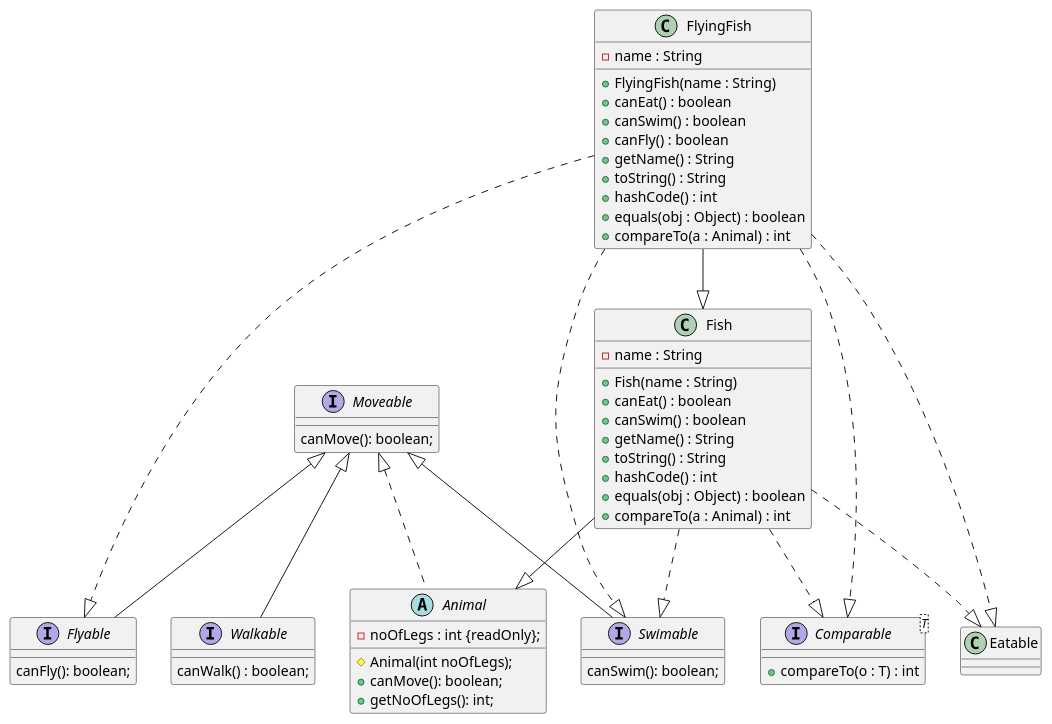
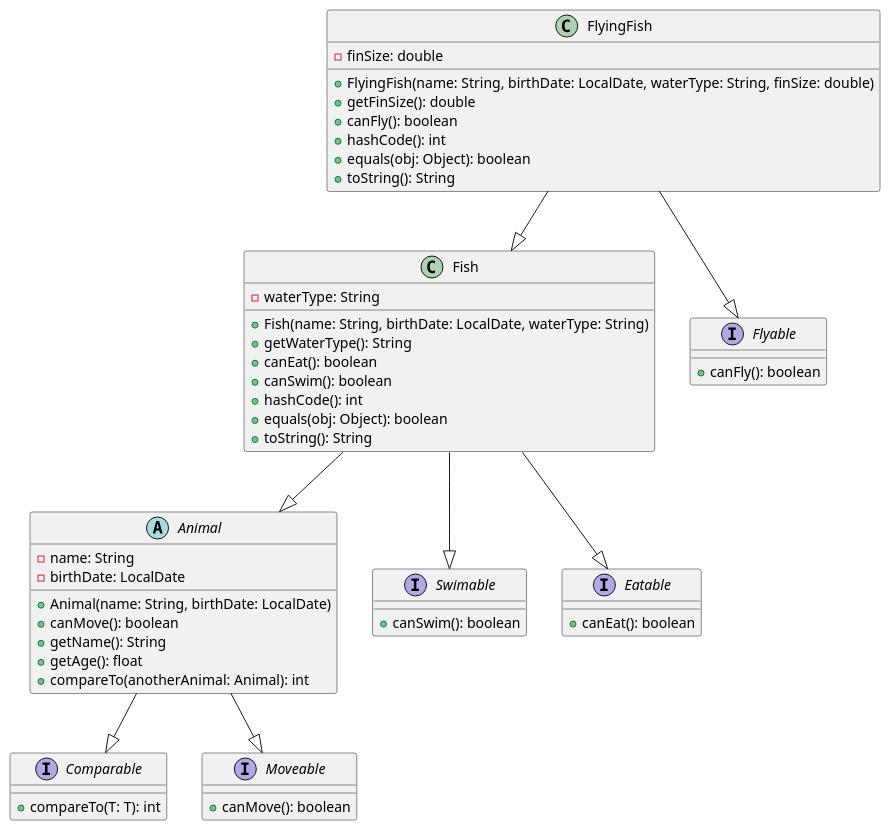
One commit to majidrouhani/idatt2003-inharitance-polymorphism-l6 changed the diagram in src/main/java/edu/ntnu/idatt2003/lectures/interfaces/animal/puml/flying_fish.puml. Above: the diagram before and after it, drawn with PlantUML. The commit also changed 2 other files, not shown here.

```diff
--- a/src/main/java/edu/ntnu/idatt2003/lectures/interfaces/animal/puml/flying_fish.puml
+++ b/src/main/java/edu/ntnu/idatt2003/lectures/interfaces/animal/puml/flying_fish.puml
@@ -1,67 +1,64 @@
 @startuml
 
-interface Moveable {
-  canMove(): boolean;
-}
-
- abstract class Animal implements Moveable {
-  - noOfLegs : int {readOnly};
-  # Animal(int noOfLegs);
-  + canMove(): boolean;
-  + getNoOfLegs(): int;
-}
-
-interface Flyable extends Moveable {
-  canFly(): boolean;
-}
-
-interface Swimable extends Moveable {
-  canSwim(): boolean;
-}
-
-interface Walkable extends Moveable {
-  canWalk() : boolean;
-}
-
-interface Comparable<T> {
-  +compareTo(o : T) : int
+abstract class Animal {
+  -name: String
+  -birthDate: LocalDate
+  +Animal(name: String, birthDate: LocalDate)
+  +canMove(): boolean
+  +getName(): String
+  +getAge(): float
+  +compareTo(anotherAnimal: Animal): int
 }
 
 class Fish {
-  -name : String
-  +Fish(name : String)
-  +canEat() : boolean
-  +canSwim() : boolean
-  +getName() : String
-  +toString() : String
-  +hashCode() : int
-  +equals(obj : Object) : boolean
-  +compareTo(a : Animal) : int
+  -waterType: String
+  +Fish(name: String, birthDate: LocalDate, waterType: String)
+  +getWaterType(): String
+  +canEat(): boolean
+  +canSwim(): boolean
+  +hashCode(): int
+  +equals(obj: Object): boolean
+  +toString(): String
 }
 
-Fish --|> Animal
-Fish ..|> Comparable
-Fish ..|> Swimable
-Fish ..|> Eatable
-
 class FlyingFish {
-  -name : String
-  +FlyingFish(name : String)
-  +canEat() : boolean
-  +canSwim() : boolean
-  +canFly() : boolean
-  +getName() : String
-  +toString() : String
-  +hashCode() : int
-  +equals(obj : Object) : boolean
-  +compareTo(a : Animal) : int
+  -finSize: double
+  +FlyingFish(name: String, birthDate: LocalDate, waterType: String, finSize: double)
+  +getFinSize(): double
+  +canFly(): boolean
+  +hashCode(): int
+  +equals(obj: Object): boolean
+  +toString(): String
 }
 
-FlyingFish --|> Fish
-FlyingFish ..|> Comparable
-FlyingFish ..|> Swimable
-FlyingFish ..|> Flyable
-FlyingFish ..|> Eatable
+interface Comparable {
+  +compareTo(T: T): int
+}
+
+interface Moveable {
+  +canMove(): boolean
+}
+
+interface Swimable {
+  +canSwim(): boolean
+}
+
+interface Eatable {
+  +canEat(): boolean
+}
+
+interface Flyable {
+  +canFly(): boolean
+}
+
+Animal --|> Comparable
+Animal --|> Moveable
+
+Fish --|> Animal
+Fish --|> Swimable
+Fish --|> Eatable
 
 
+FlyingFish --|> Fish
+FlyingFish --|> Flyable
 @enduml
```
